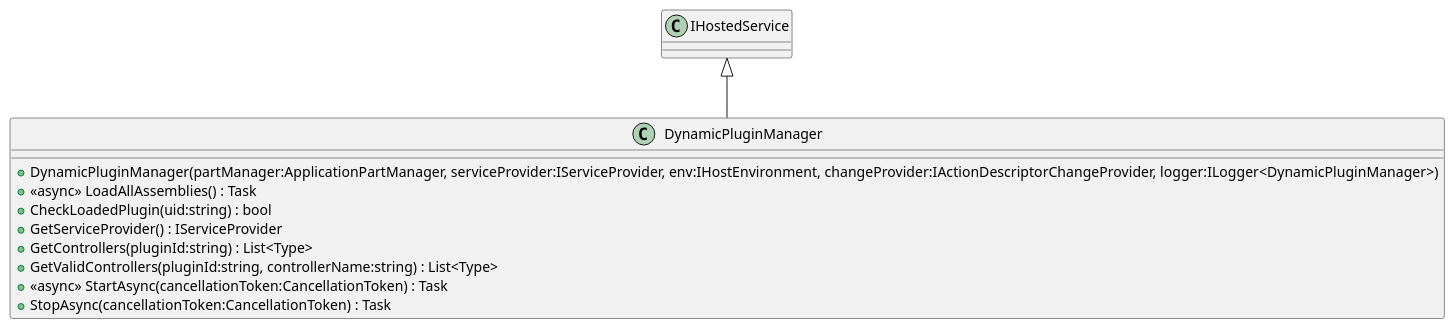
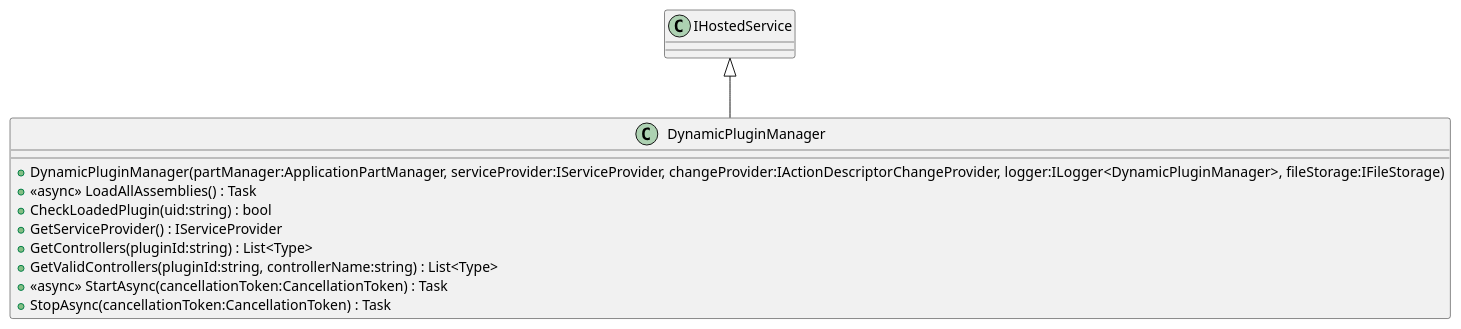
Before and after one commit to cutehusky/SoftwareDesignProject: the diagram in Main/Doc/Services/ServerPluginManagement/DynamicPluginManager.puml, drawn with PlantUML. The commit also changed 131 other files, not shown here.

Commit message:
doc: class diagram and c4 model

```diff
--- a/Main/Doc/Services/ServerPluginManagement/DynamicPluginManager.puml
+++ b/Main/Doc/Services/ServerPluginManagement/DynamicPluginManager.puml
@@ -1,13 +1,13 @@
 @startuml
 class DynamicPluginManager {
-    + DynamicPluginManager(partManager:ApplicationPartManager, serviceProvider:IServiceProvider, env:IHostEnvironment, changeProvider:IActionDescriptorChangeProvider, logger:ILogger<DynamicPluginManager>)
+    + DynamicPluginManager(partManager:ApplicationPartManager, serviceProvider:IServiceProvider, changeProvider:IActionDescriptorChangeProvider, logger:ILogger<DynamicPluginManager>, fileStorage:IFileStorage)
     + <<async>> LoadAllAssemblies() : Task
     + CheckLoadedPlugin(uid:string) : bool
     + GetServiceProvider() : IServiceProvider
     + GetControllers(pluginId:string) : List<Type>
     + GetValidControllers(pluginId:string, controllerName:string) : List<Type>
     + <<async>> StartAsync(cancellationToken:CancellationToken) : Task
     + StopAsync(cancellationToken:CancellationToken) : Task
 }
 IHostedService <|-- DynamicPluginManager
 @enduml
```
